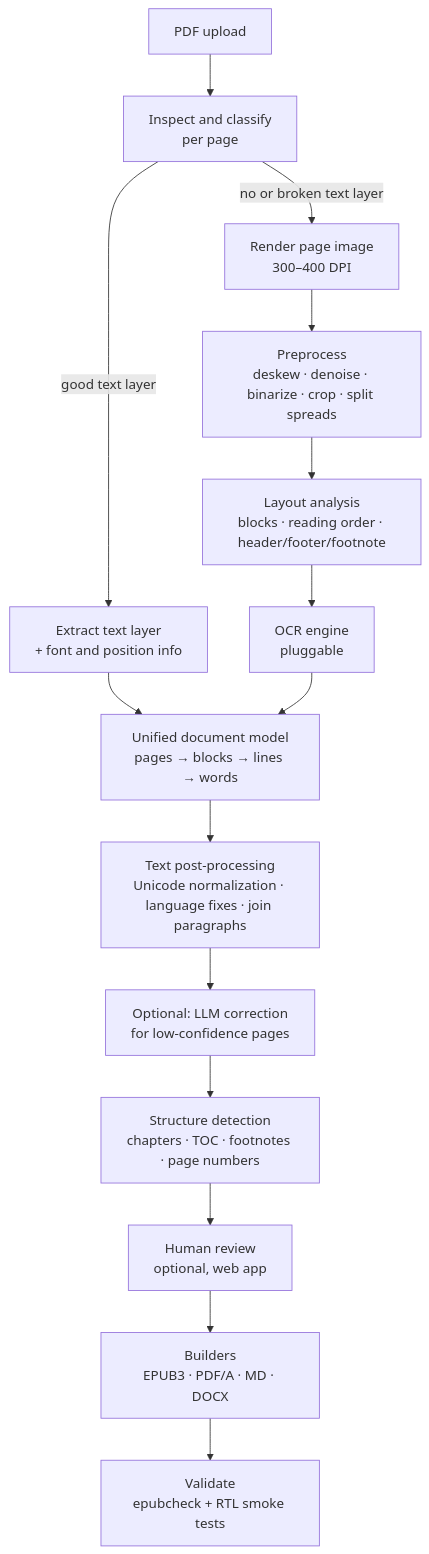
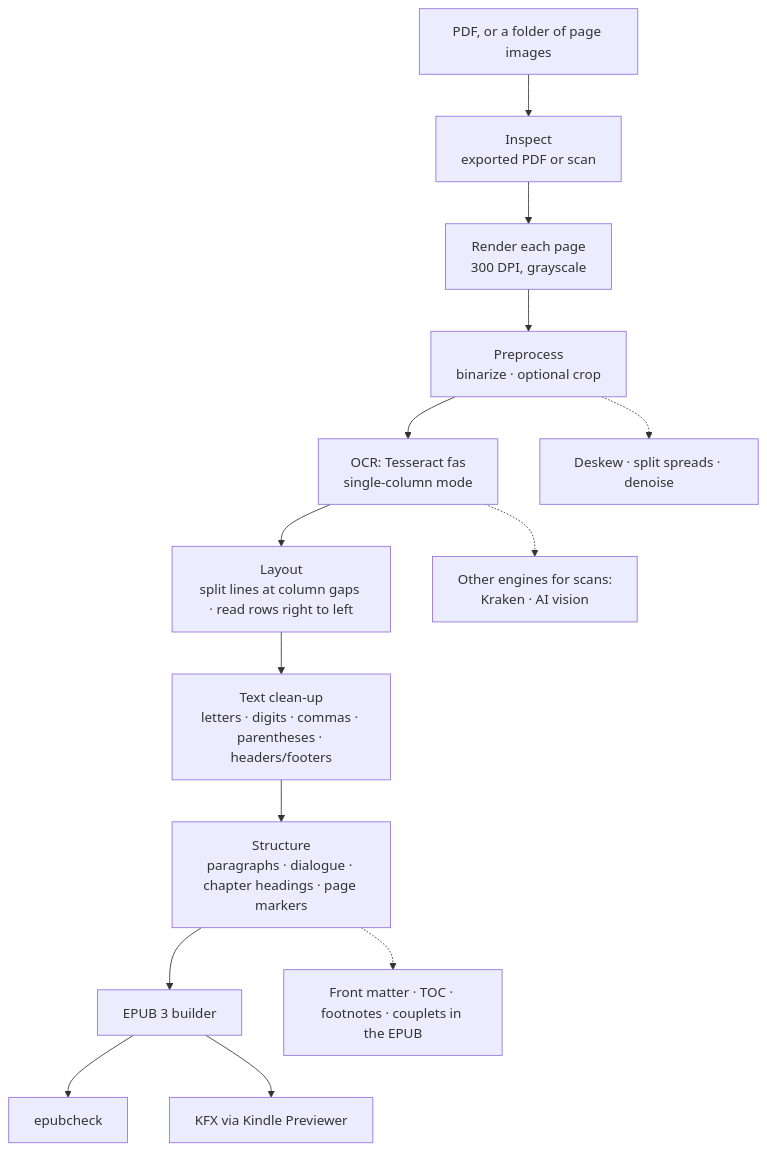
One commit to ardeshirj/rtlbook changed the diagram in DESIGN.md. Above: the diagram before and after it, drawn with Mermaid. The commit also changed other lines of this file and 3 other files, not shown here.

````diff
--- a/DESIGN.md
+++ b/DESIGN.md
@@ -50,17 +55,16 @@
 ```mermaid
 flowchart TD
-    A[PDF upload] --> B[Inspect and classify<br/>per page]
-    B -->|good text layer| C1[Extract text layer<br/>+ font and position info]
-    B -->|no or broken text layer| C2[Render page image<br/>300–400 DPI]
-    C2 --> D[Preprocess<br/>deskew · denoise · binarize · crop · split spreads]
-    D --> E[Layout analysis<br/>blocks · reading order · header/footer/footnote]
-    E --> F[OCR engine<br/>pluggable]
-    C1 --> G[Unified document model<br/>pages → blocks → lines → words]
-    F --> G
-    G --> H[Text post-processing<br/>Unicode normalization · language fixes · join paragraphs]
-    H --> I[Optional: LLM correction<br/>for low-confidence pages]
-    I --> J[Structure detection<br/>chapters · TOC · footnotes · page numbers]
-    J --> K[Human review<br/>optional, web app]
-    K --> L[Builders<br/>EPUB3 · PDF/A · MD · DOCX]
-    L --> M[Validate<br/>epubcheck + RTL smoke tests]
+    A[PDF, or a folder of page images] --> B[Inspect<br/>exported PDF or scan]
+    B --> C[Render each page<br/>300 DPI, grayscale]
+    C --> D[Preprocess<br/>binarize · optional crop]
+    D --> E[OCR: Tesseract fas<br/>single-column mode]
+    E --> F[Layout<br/>split lines at column gaps · read rows right to left]
+    F --> G[Text clean-up<br/>letters · digits · commas · parentheses · headers/footers]
+    G --> H[Structure<br/>paragraphs · dialogue · chapter headings · page markers]
+    H --> I[EPUB 3 builder]
+    I --> J[epubcheck]
+    I --> K[KFX via Kindle Previewer]
+    D -.-> D2[Deskew · split spreads · denoise]
+    E -.-> E2[Other engines for scans:<br/>Kraken · AI vision]
+    H -.-> H2[Front matter · TOC · footnotes · couplets in the EPUB]
 ```
````
